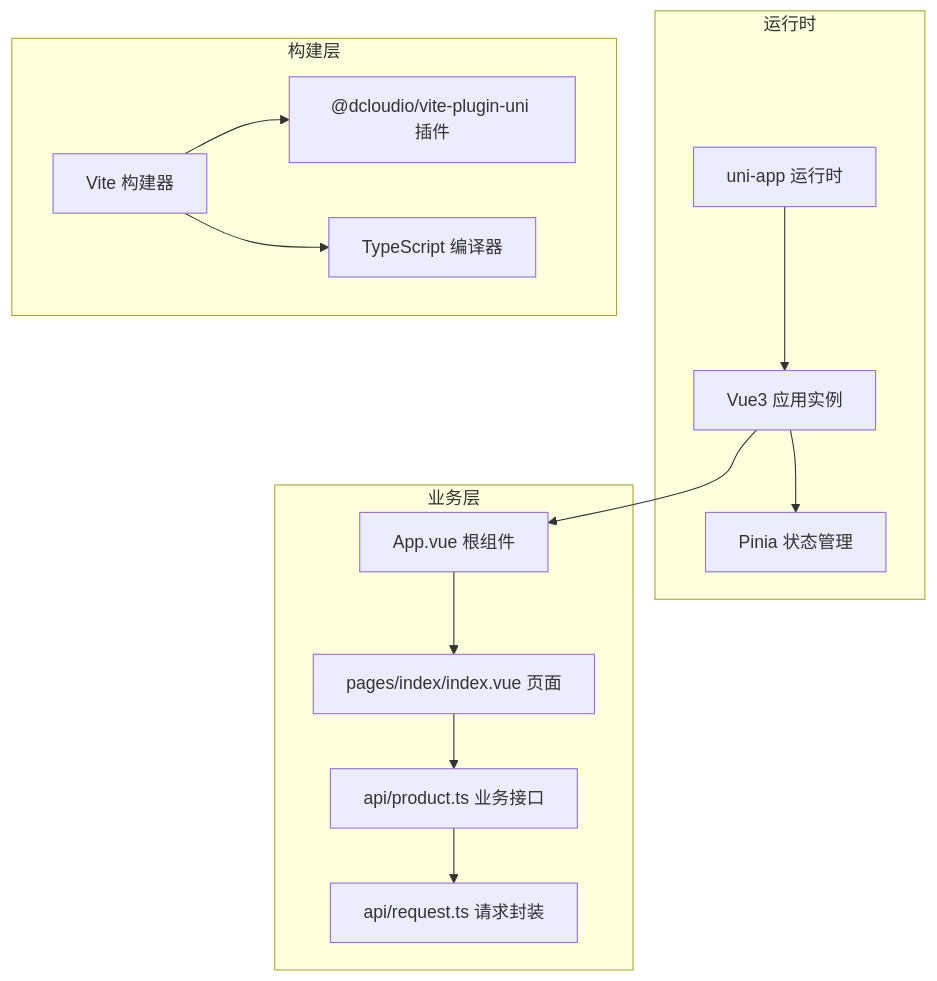
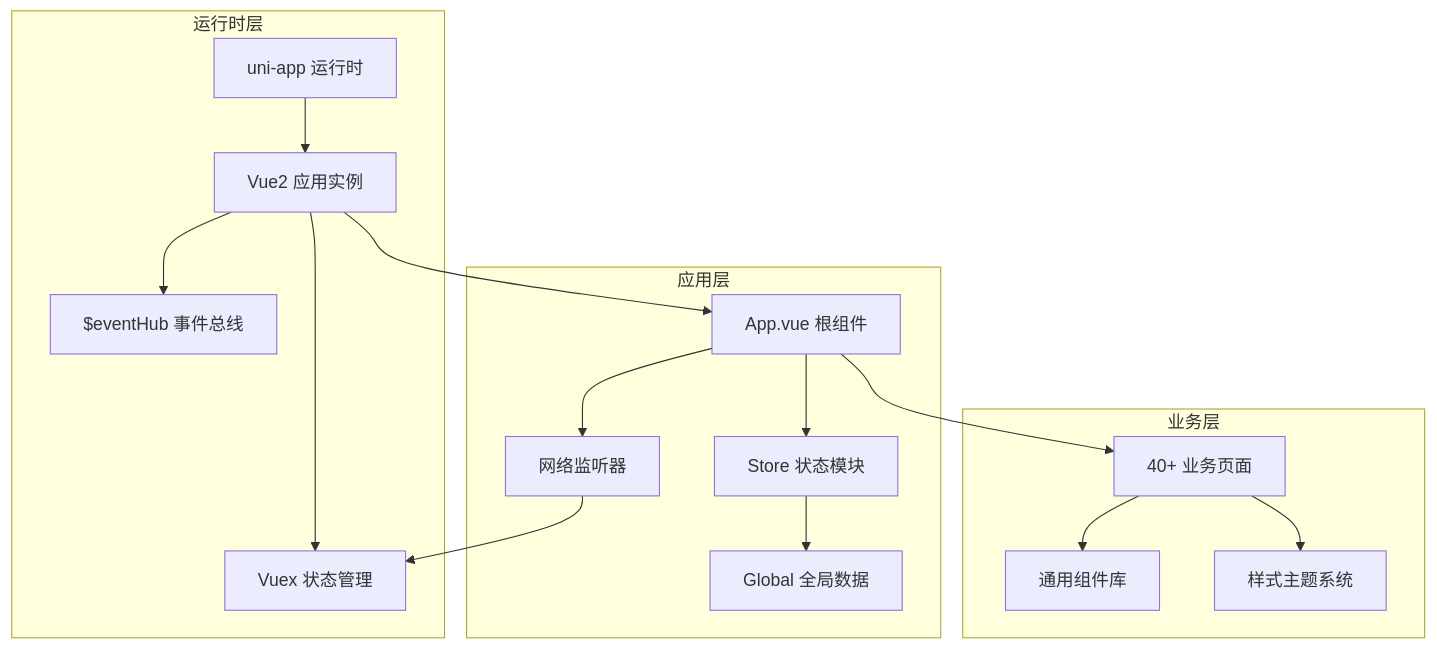
The second of 6 diagrams in .qoder/repowiki/zh/content/前端架构设计/小程序整体架构.md (QtImM/wechatMiniprogram_Store), drawn with Mermaid before and after one commit. The commit also changed other lines of this file and 109 other files, not shown here.

````diff
--- a/.qoder/repowiki/zh/content/前端架构设计/小程序整体架构.md
+++ b/.qoder/repowiki/zh/content/前端架构设计/小程序整体架构.md
@@ -85,27 +78,31 @@
 ```mermaid
 graph TB
-subgraph "运行时"
+subgraph "运行时层"
 U["uni-app 运行时"]
-V["Vue3 应用实例"]
-W["Pinia 状态管理"]
+V["Vue2 应用实例"]
+W["Vuex 状态管理"]
+E["$eventHub 事件总线"]
 end
-subgraph "构建层"
-X["Vite 构建器"]
-Y["@dcloudio/vite-plugin-uni 插件"]
-Z["TypeScript 编译器"]
+subgraph "应用层"
+A["App.vue 根组件"]
+B["Store 状态模块"]
+C["Global 全局数据"]
+D["网络监听器"]
 end
 subgraph "业务层"
-A["App.vue 根组件"]
-B["pages/index/index.vue 页面"]
-C["api/product.ts 业务接口"]
-D["api/request.ts 请求封装"]
+P["40+ 业务页面"]
+M["通用组件库"]
+S["样式主题系统"]
 end
 U --> V
 V --> W
-X --> Y
-X --> Z
+V --> E
 V --> A
 A --> B
 B --> C
-C --> D
+A --> D
+D --> W
+A --> P
+P --> M
+P --> S
 ```
````
